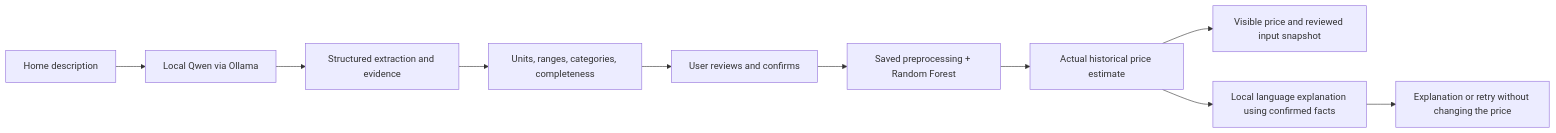
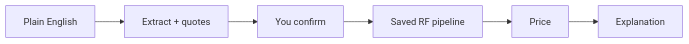
The diagram in README.md (MichaelMartiradonna/ames-housing-mlops), drawn with Mermaid before and after one commit. The commit also changed other lines of this file and 1 other file, not shown here.

````diff
--- a/README.md
+++ b/README.md
@@ -127,12 +44,5 @@
-~~~mermaid
+```mermaid
 flowchart LR
-    A[Home description] --> B[Local Qwen via Ollama]
-    B --> C[Structured extraction and evidence]
-    C --> D[Units, ranges, categories, completeness]
-    D --> E[User reviews and confirms]
-    E --> F[Saved preprocessing + Random Forest]
-    F --> G[Actual historical price estimate]
-    G --> I[Visible price and reviewed input snapshot]
-    G --> H[Local language explanation using confirmed facts]
-    H --> J[Explanation or retry without changing the price]
-~~~
+    A[Plain English] --> B[Extract + quotes] --> C[You confirm]
+    C --> D[Saved RF pipeline] --> E[Price] --> F[Explanation]
+```
````
